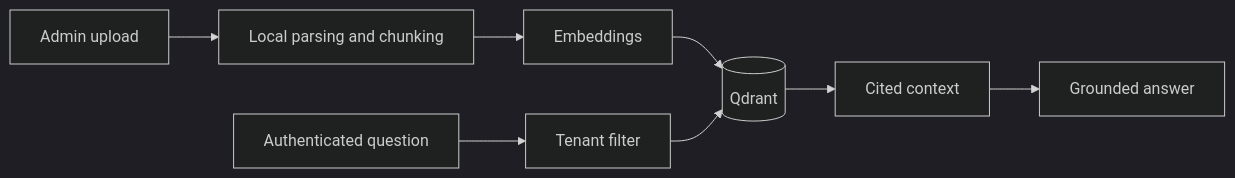
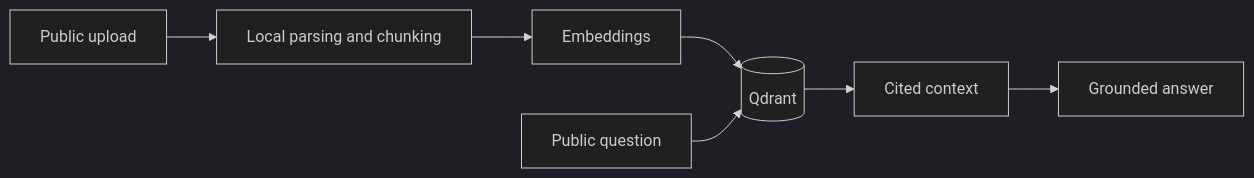
One commit to AmitojSK/Enterprise-RAG changed the diagram in README.md. Above: the diagram before and after it, drawn with Mermaid (dark theme). The commit also changed other lines of this file and 25 other files, not shown here.

````diff
--- a/README.md
+++ b/README.md
@@ -11,10 +11,9 @@
 ```mermaid
 flowchart LR
-  Upload[Admin upload] --> Parse[Local parsing and chunking]
+  Upload[Public upload] --> Parse[Local parsing and chunking]
   Parse --> Embed[Embeddings]
   Embed --> DB[(Qdrant)]
-  Question[Authenticated question] --> Filter[Tenant filter]
-  Filter --> DB
+  Question[Public question] --> DB
   DB --> Context[Cited context]
   Context --> Answer[Grounded answer]
 ```
````
